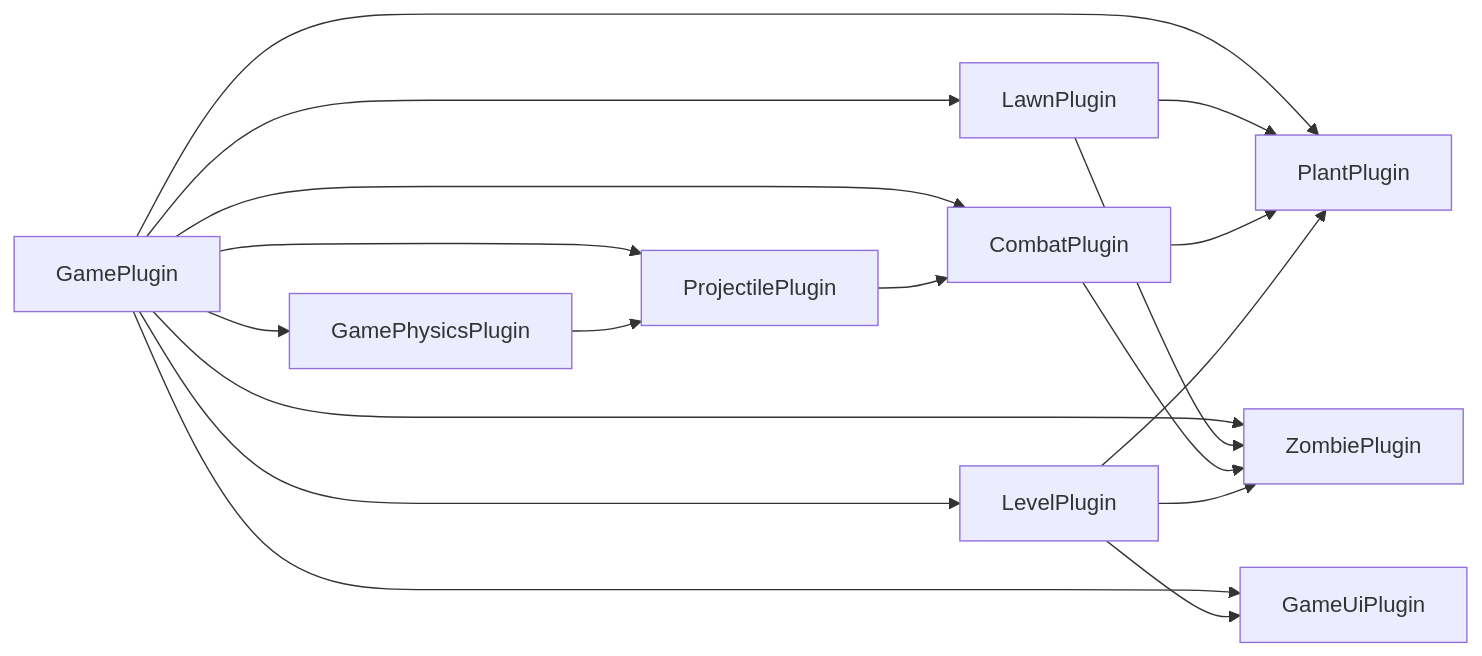
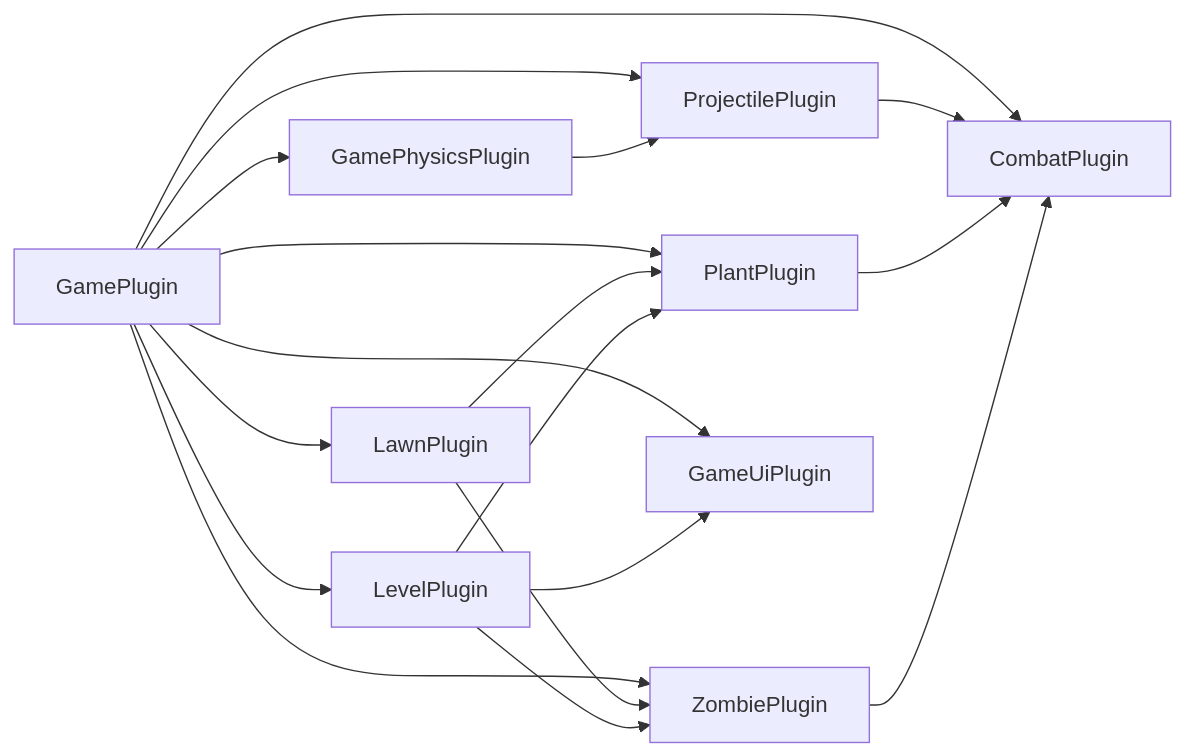
One commit to shenjackyuanjie/bevy-pvz changed the diagram in README.md. Above: the diagram before and after it, drawn with Mermaid. The commit also changed other lines of this file, not shown here.

````diff
--- a/README.md
+++ b/README.md
@@ -88,20 +94,20 @@
 ```mermaid
 flowchart LR
     App[GamePlugin] --> Lawn[LawnPlugin]
     App --> Physics[GamePhysicsPlugin]
     App --> Combat[CombatPlugin]
     App --> Projectile[ProjectilePlugin]
     App --> Plant[PlantPlugin]
     App --> Zombie[ZombiePlugin]
     App --> Level[LevelPlugin]
     App --> UI[GameUiPlugin]
     Physics --> Projectile
     Lawn --> Plant
     Lawn --> Zombie
-    Combat --> Plant
-    Combat --> Zombie
     Projectile --> Combat
+    Plant --> Combat
+    Zombie --> Combat
     Level --> Plant
     Level --> Zombie
     Level --> UI
 ```
````
